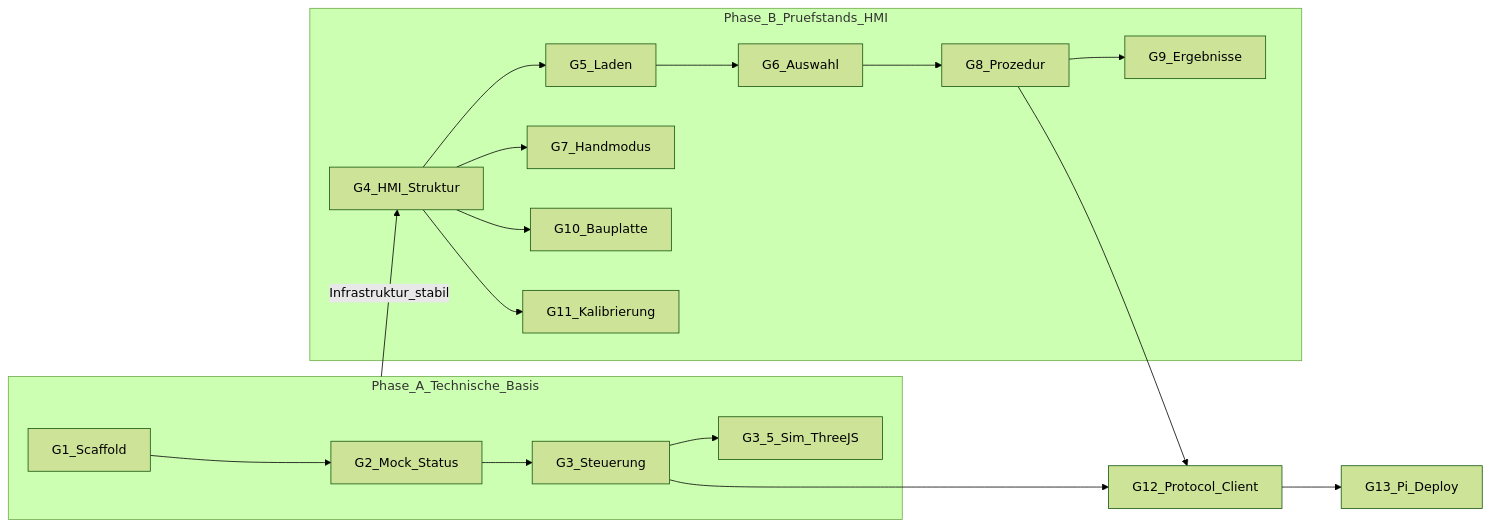
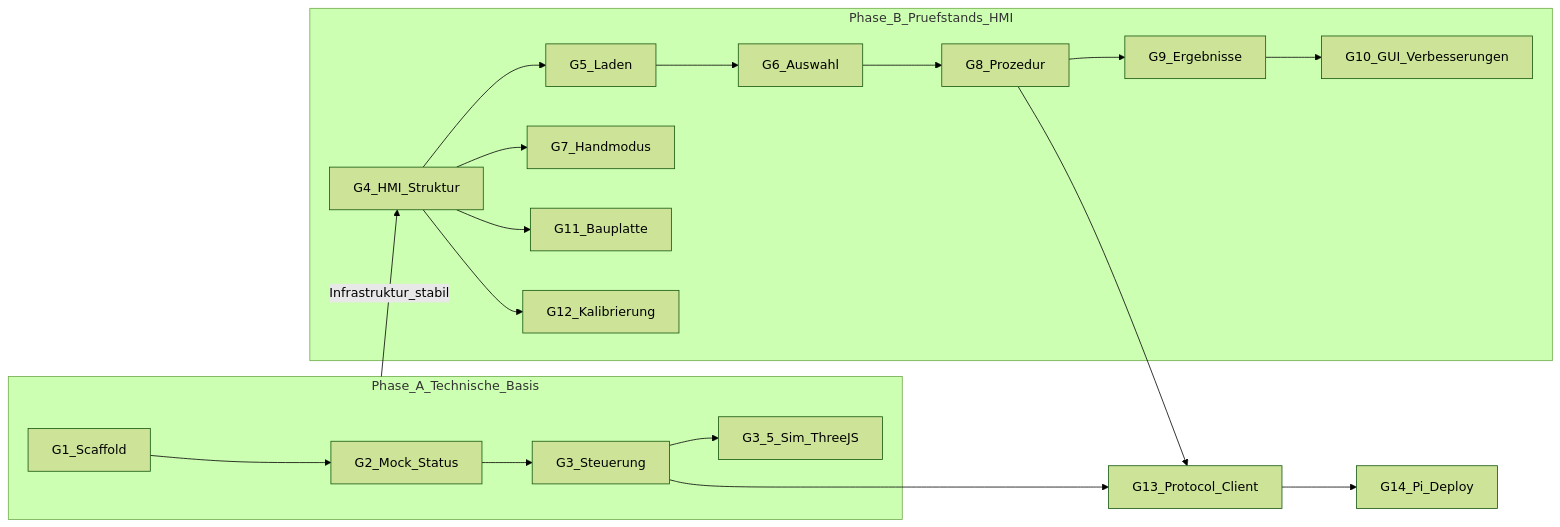
One commit to PaulStark2/TEC___Abzugsmessgeraet_V2 changed the diagram in .cursor/plans/gui_architektur_vorschlag_01912cab.plan.md. Above: the diagram before and after it, drawn with Mermaid (forest theme). The commit also changed other lines of this file and 57 other files, not shown here.

Commit message:
- Implemented Improvements on GUI, simulation and core (Cursor Roadmap: Milestones M16 and G10) --> Further details see GitHub issues

````diff
--- a/.cursor/plans/gui_architektur_vorschlag_01912cab.plan.md
+++ b/.cursor/plans/gui_architektur_vorschlag_01912cab.plan.md
@@ -61,28 +64,29 @@
 ```mermaid
 flowchart LR
   subgraph phaseA [Phase_A_Technische_Basis]
     G1[G1_Scaffold]
     G2[G2_Mock_Status]
     G3[G3_Steuerung]
     G1 --> G2 --> G3 --> G35[G3_5_Sim_ThreeJS]
   end
   subgraph phaseB [Phase_B_Pruefstands_HMI]
     G4[G4_HMI_Struktur]
     G5[G5_Laden]
     G6[G6_Auswahl]
     G7[G7_Handmodus]
     G8[G8_Prozedur]
     G9[G9_Ergebnisse]
-    G10[G10_Bauplatte]
-    G11[G11_Kalibrierung]
+    G10[G10_GUI_Verbesserungen]
+    G11[G11_Bauplatte]
+    G12[G12_Kalibrierung]
     G4 --> G5 --> G6
     G4 --> G7
-    G6 --> G8 --> G9
-    G4 --> G10
+    G6 --> G8 --> G9 --> G10
     G4 --> G11
+    G4 --> G12
   end
   phaseA -->|"Infrastruktur_stabil"| G4
-  G3 --> G12[G12_Protocol_Client]
-  G8 --> G12
-  G12 --> G13[G13_Pi_Deploy]
+  G3 --> G13[G13_Protocol_Client]
+  G8 --> G13
+  G13 --> G14[G14_Pi_Deploy]
 ```
````
